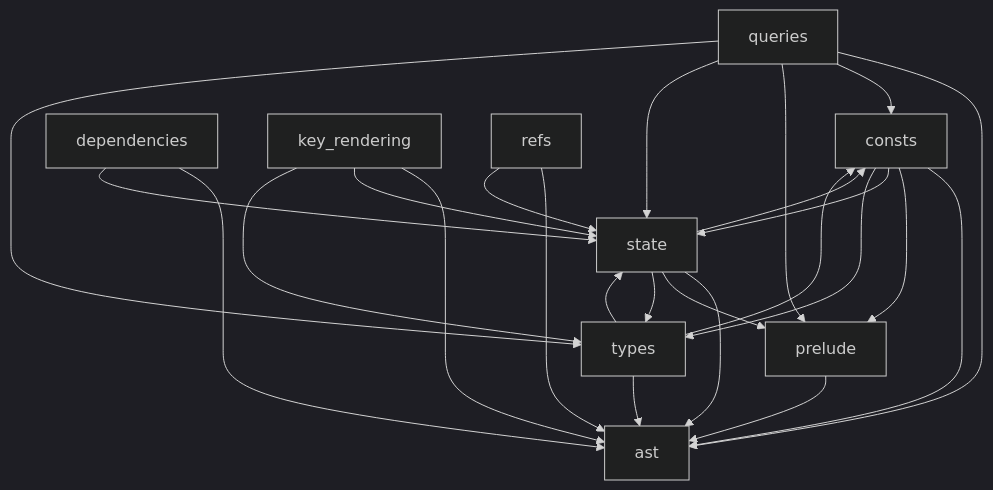
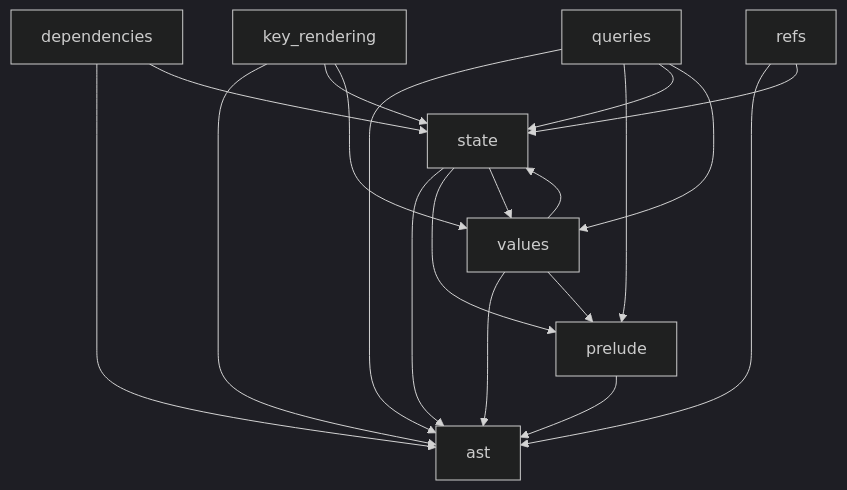
One commit to Nicolas-Ferre/gpex changed the third of 3 diagrams in doc/architecture.md. Above: the diagram before and after it, drawn with Mermaid (dark theme). The commit also changed other lines of this file and 25 other files, not shown here.

Commit message:
Simplify architecture by moving "consts" and "types" modules into a new "values" module

````diff
--- a/doc/architecture.md
+++ b/doc/architecture.md
@@ -78,27 +78,21 @@
 ```mermaid
 graph TD
-    consts --> ast
-    consts --> prelude
-    consts --> state
-    consts --> types
     dependencies --> ast
     dependencies --> state
     key_rendering --> ast
     key_rendering --> state
-    key_rendering --> types
+    key_rendering --> values
     prelude --> ast
     queries --> ast
-    queries --> consts
     queries --> prelude
     queries --> state
-    queries --> types
+    queries --> values
     refs --> ast
     refs --> state
     state --> ast
-    state --> consts
     state --> prelude
-    state --> types
-    types --> ast
-    types --> consts
-    types --> state
+    state --> values
+    values --> ast
+    values --> prelude
+    values --> state
 ```
````
